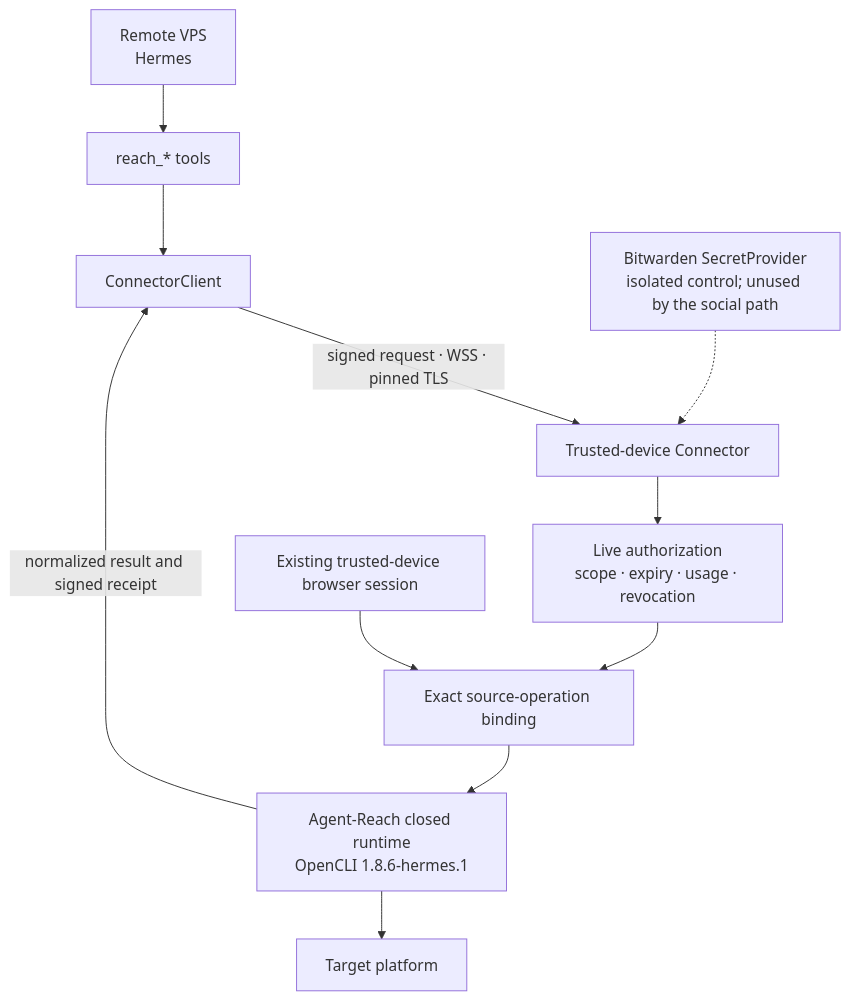
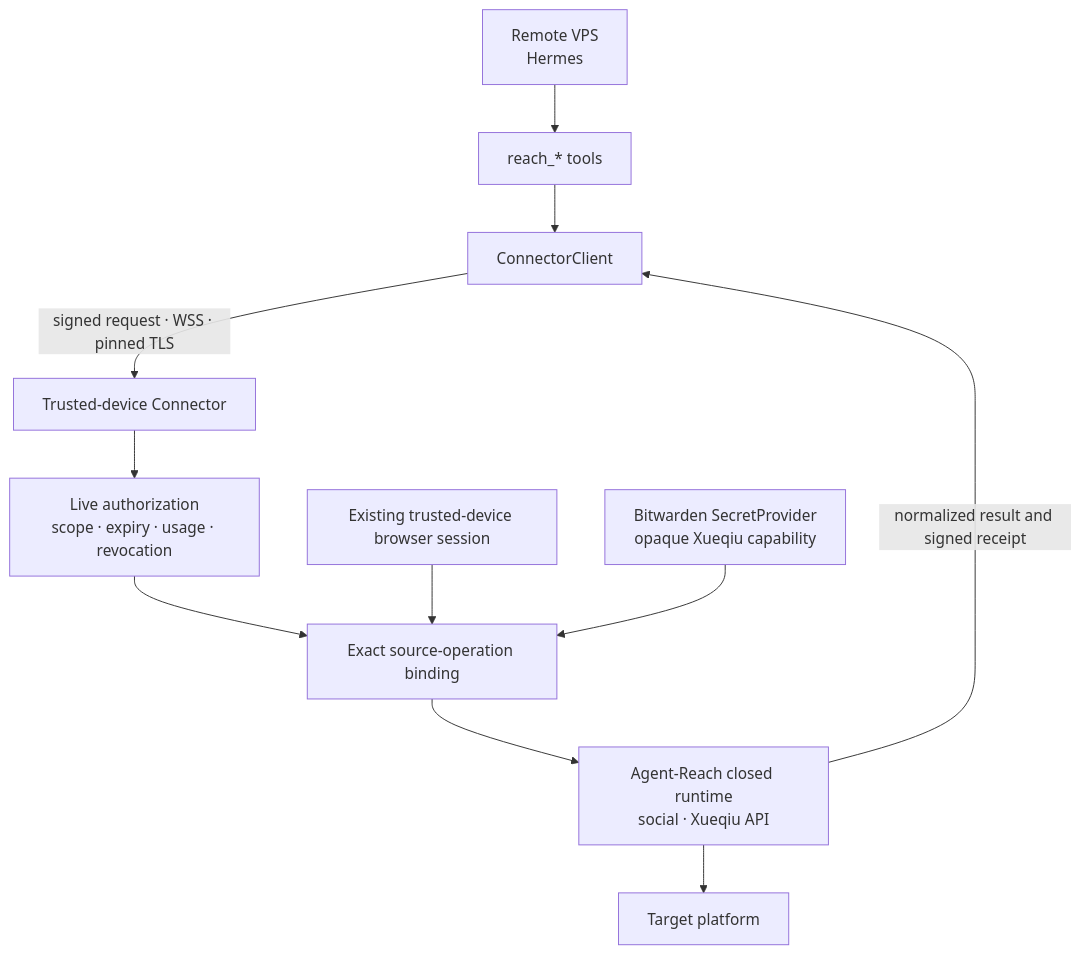
One commit to izumi0uu/hermes-reach changed the second of 2 diagrams in README_EN.md. Above: the diagram before and after it, drawn with Mermaid. The commit also changed other lines of this file and 61 other files, not shown here.

Commit message:
feat(agent-reach): add non-github search batch

````diff
--- a/README_EN.md
+++ b/README_EN.md
@@ -442,13 +474,13 @@
 ```mermaid
 flowchart TD
     VPS["Remote VPS<br/>Hermes"] --> Tools["reach_* tools"]
     Tools --> Client["ConnectorClient"]
     Client -->|"signed request · WSS · pinned TLS"| Service["Trusted-device Connector"]
     Service --> Grant["Live authorization<br/>scope · expiry · usage · revocation"]
     Grant --> Binding["Exact source-operation binding"]
     Session["Existing trusted-device browser session"] --> Binding
-    Secrets["Bitwarden SecretProvider<br/>isolated control; unused by the social path"] -.-> Service
-    Binding --> Backend["Agent-Reach closed runtime<br/>OpenCLI 1.8.6-hermes.1"]
+    Secrets["Bitwarden SecretProvider<br/>opaque Xueqiu capability"] --> Binding
+    Binding --> Backend["Agent-Reach closed runtime<br/>social · Xueqiu API"]
     Backend --> Platform["Target platform"]
     Backend -->|"normalized result and signed receipt"| Client
 ```
````
